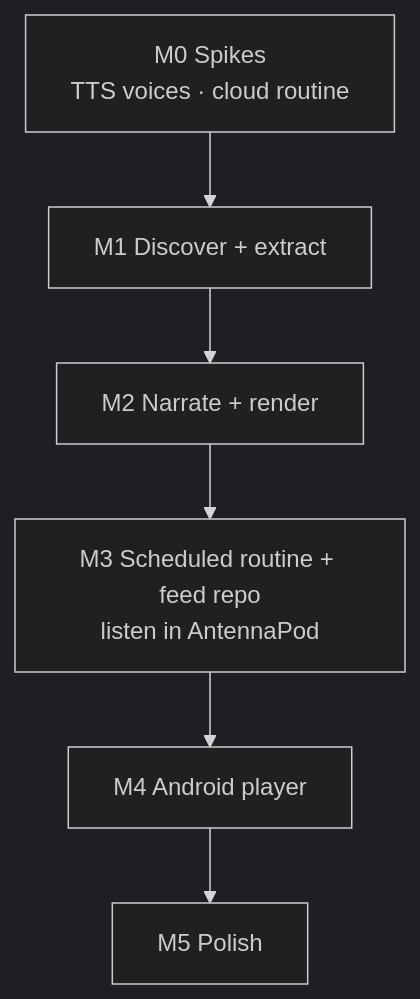
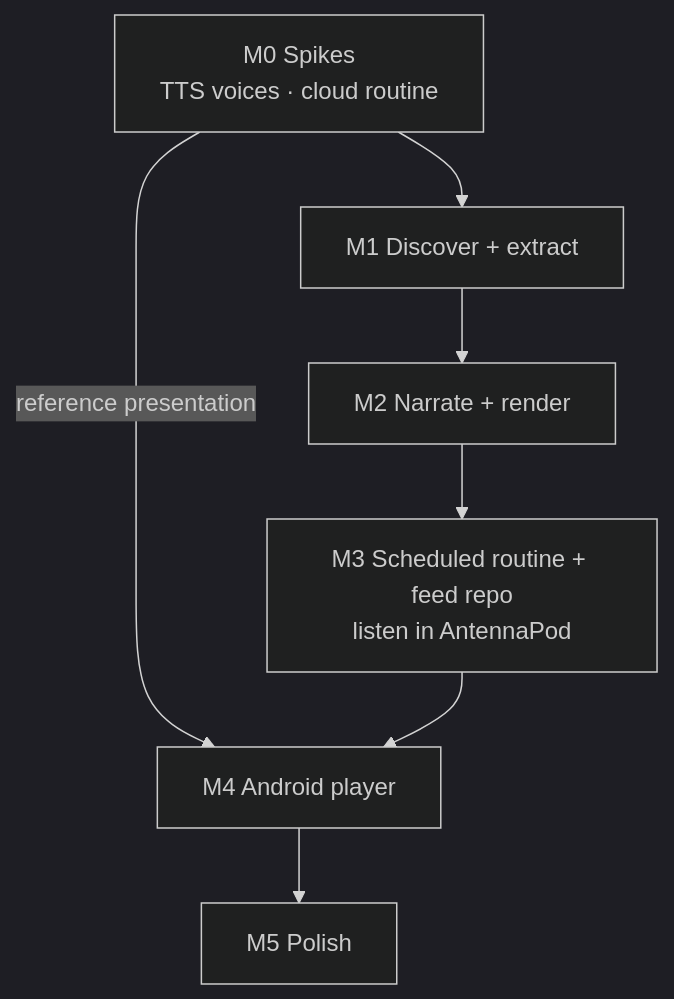
Before and after one commit to nahueltaibo/article-to-podcast: the diagram in .docs/roadmap.md, drawn with Mermaid (dark theme). The commit also changed other lines of this file and 2 other files, not shown here.

Commit message:
Make audio replaceable and start with a PC-recorded reference episode
The app is built against real TTS output from day one. Changing voices later only re-renders audio from script.json.

````diff
--- a/.docs/roadmap.md
+++ b/.docs/roadmap.md
@@ -5,8 +5,9 @@
 ```mermaid
 flowchart TD
     M0[M0 Spikes<br/>TTS voices · cloud routine] --> M1[M1 Discover + extract]
     M1 --> M2[M2 Narrate + render]
     M2 --> M3[M3 Scheduled routine + feed repo<br/>listen in AntennaPod]
-    M3 --> M4[M4 Android player]
+    M0 -->|reference presentation| M4[M4 Android player]
+    M3 --> M4
     M4 --> M5[M5 Polish]
 ```
````
